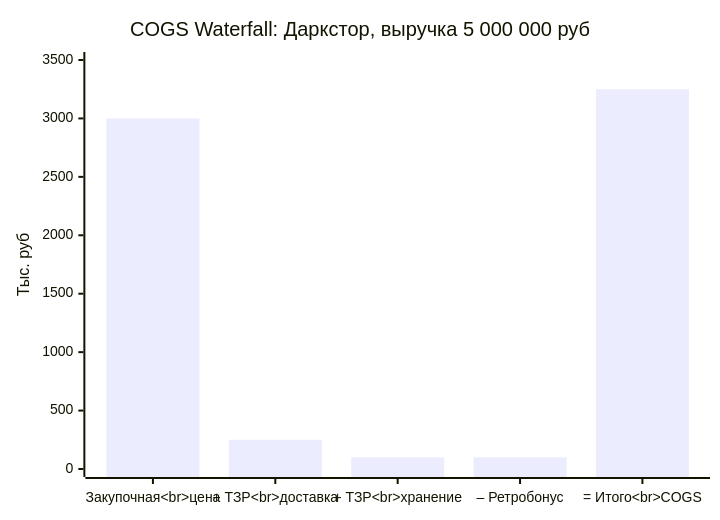
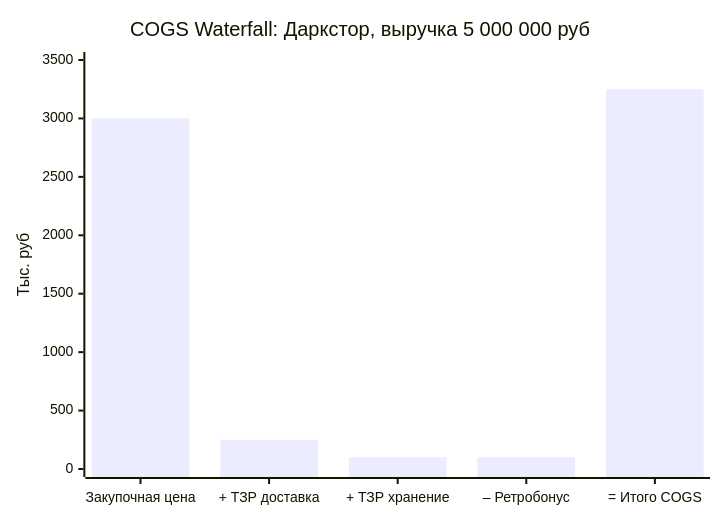
Before and after one commit to murad1986/1c-erp-quartz: the second of 8 diagrams in content/1c-erp/week_8/Неделя 8 - День 6 - Построение управленческого P&L.md, drawn with Mermaid. The commit also changed 37 other files, not shown here.

First line of the commit message:
Fix lesson sorting, Mermaid colors, and syntax errors

````diff
--- a/content/1c-erp/week_8/Неделя 8 - День 6 - Построение управленческого P&L.md
+++ b/content/1c-erp/week_8/Неделя 8 - День 6 - Построение управленческого P&L.md
@@ -131,7 +131,11 @@
 ```mermaid
 xychart-beta
     title "COGS Waterfall: Даркстор, выручка 5 000 000 руб"
-    x-axis ["Закупочная<br/>цена", "+ ТЗР<br/>доставка", "+ ТЗР<br/>хранение", "– Ретробонус", "= Итого<br/>COGS"]
+    x-axis ["Закупочная
+цена", "+ ТЗР
+доставка", "+ ТЗР
+хранение", "– Ретробонус", "= Итого
+COGS"]
     y-axis "Тыс. руб" 0 --> 3500
     bar [3000, 250, 100, 100, 3250]
 ```
````
